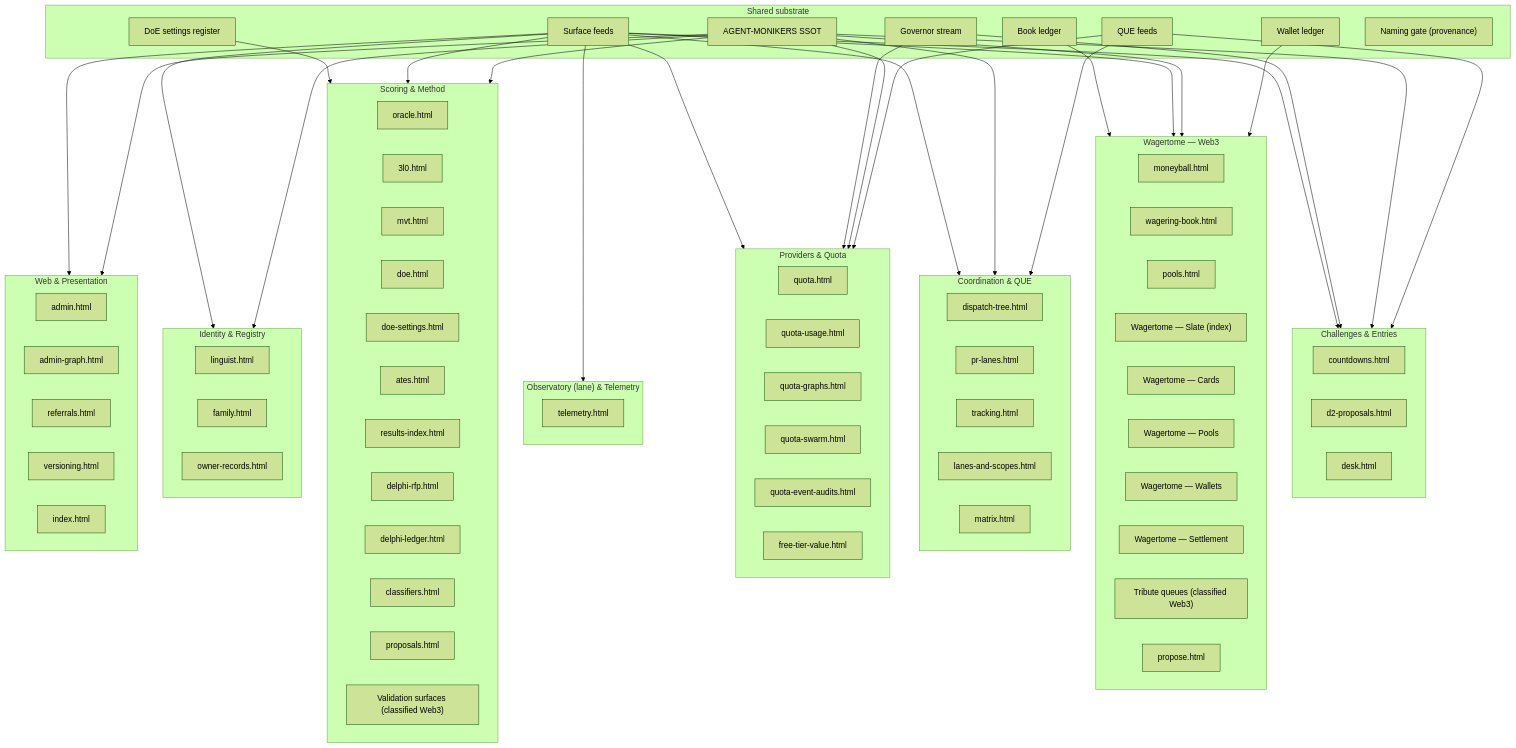
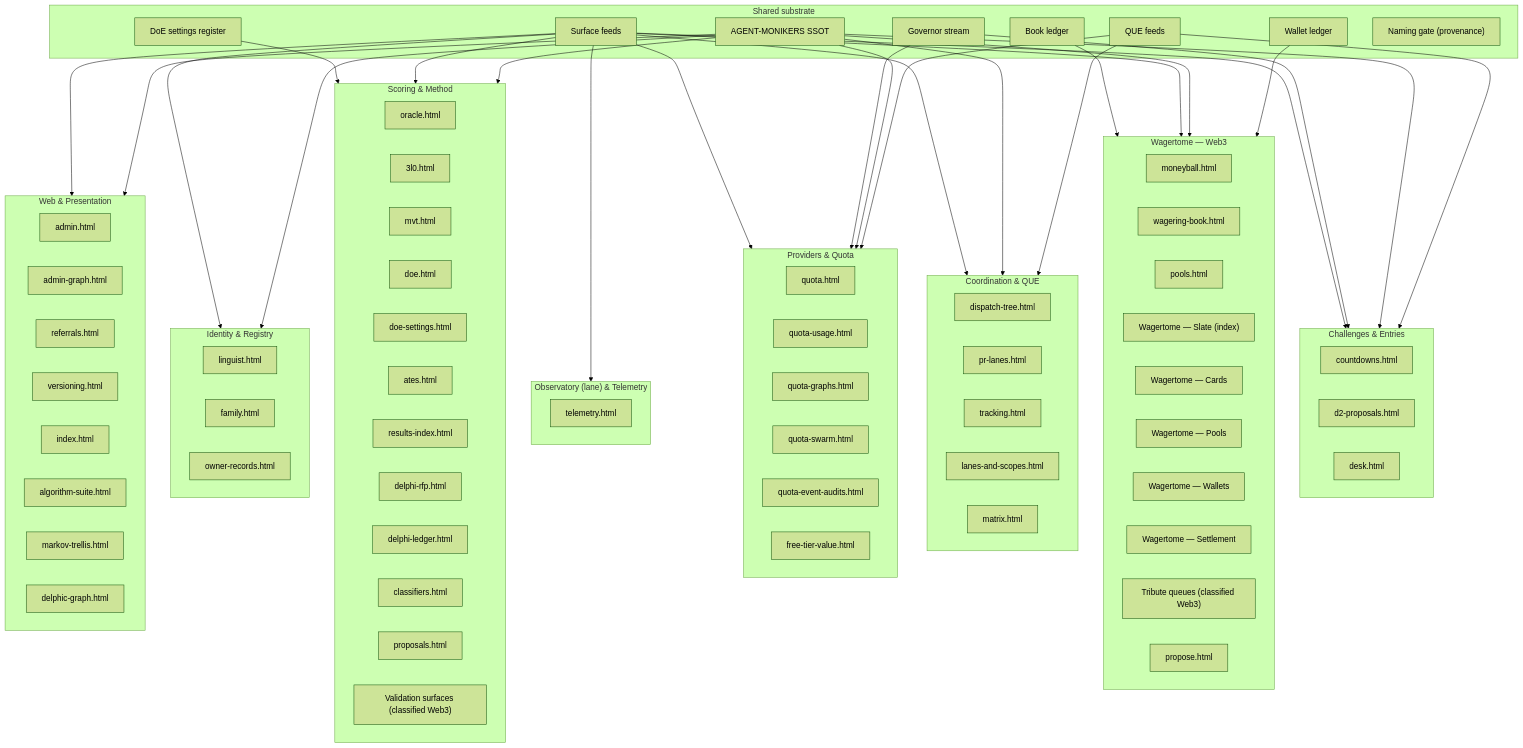
One commit to timerloggedout-spec/termux-monorepo changed the diagram in docs/ops/SURFACES-MAP.md. Above: the diagram before and after it, drawn with Mermaid (forest theme). The commit also changed other lines of this file, not shown here.

Commit message:
docs(tribute): register graph suite surfaces in map

```diff
--- a/docs/ops/SURFACES-MAP.md
+++ b/docs/ops/SURFACES-MAP.md
@@ -78,6 +78,9 @@
     web_2["referrals.html"]
     web_3["versioning.html"]
     web_4["index.html"]
+    web_5["algorithm-suite.html"]
+    web_6["markov-trellis.html"]
+    web_7["delphic-graph.html"]
   end
   bookledger --> PL_moneyball
   feeds --> PL_coordination
```
